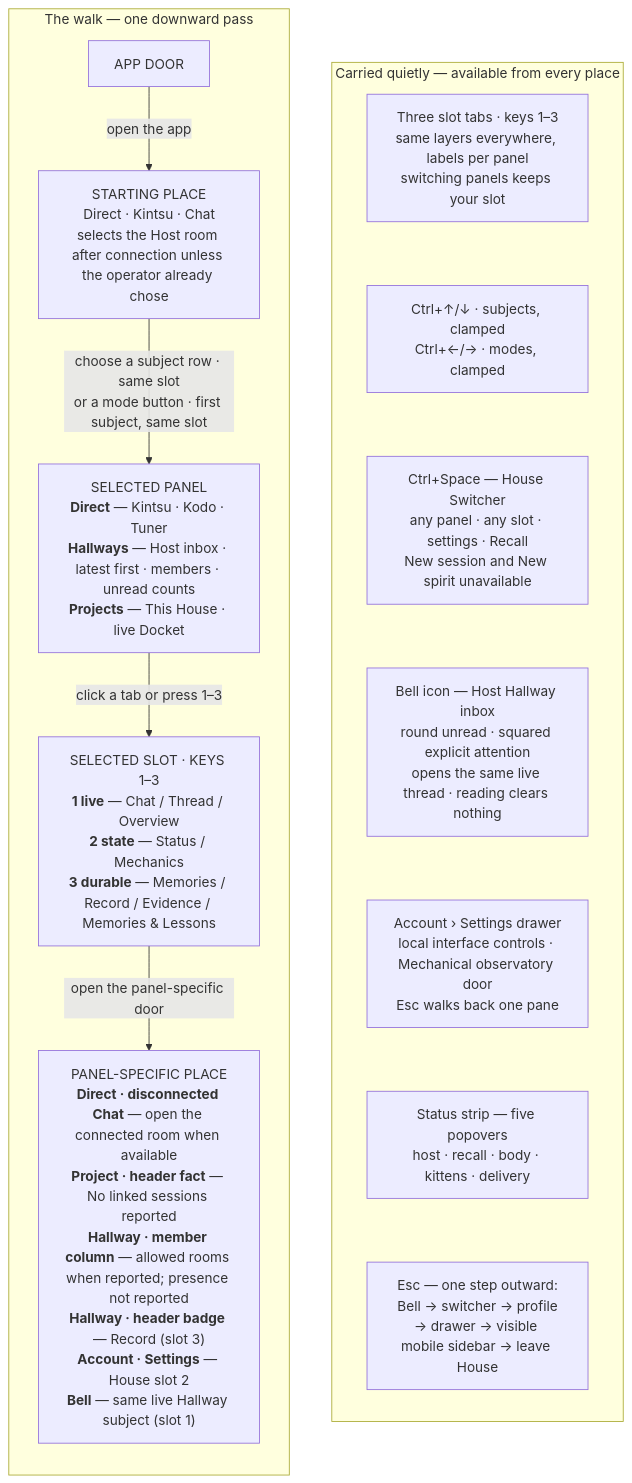
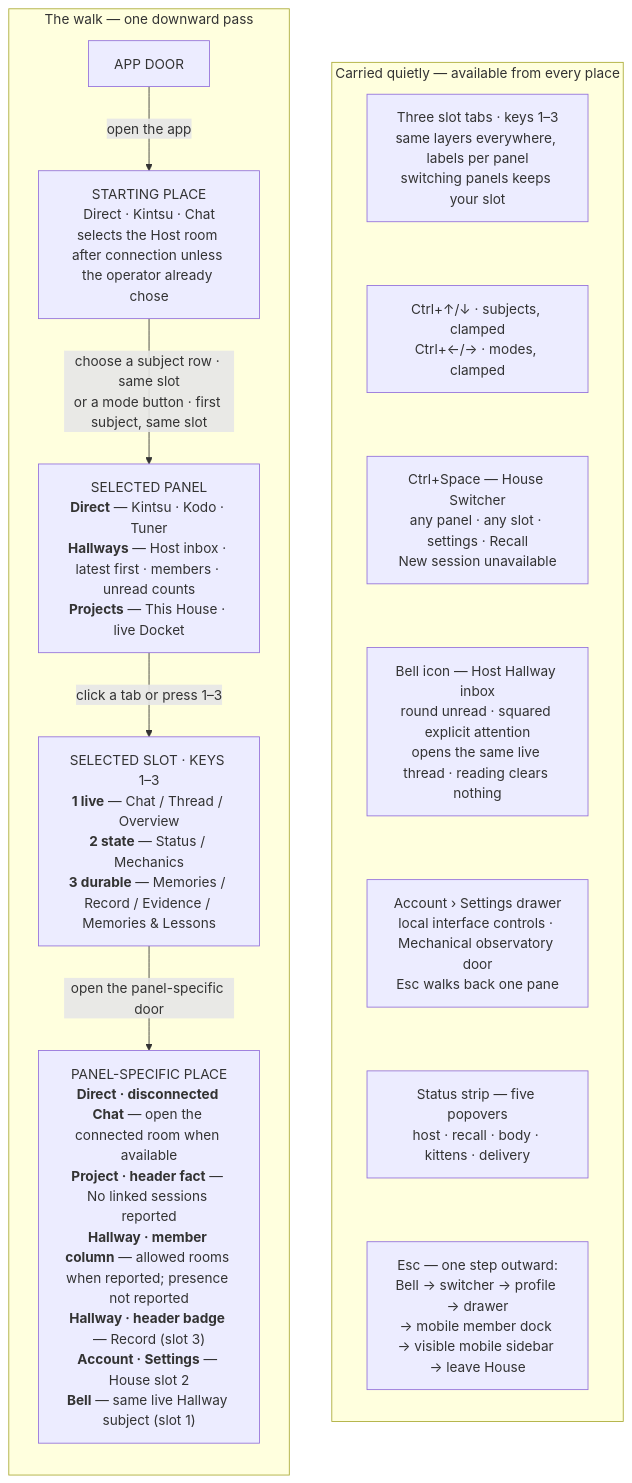
One commit to solarisael/the-athanor changed the first of 2 diagrams in gui-prototype/NAVIGATION_MAP.md. Above: the diagram before and after it, drawn with Mermaid. The commit also changed other lines of this file and 55 other files, not shown here.

````diff
--- a/gui-prototype/NAVIGATION_MAP.md
+++ b/gui-prototype/NAVIGATION_MAP.md
@@ -9,32 +12,32 @@
 ```mermaid
 flowchart LR
 
 subgraph WALK["The walk — one downward pass"]
   direction TB
   door["APP DOOR"]
   start["STARTING PLACE<br>Direct · Kintsu · Chat<br>selects the Host room after connection unless the operator already chose"]
   panel["SELECTED PANEL<br><b>Direct</b> — Kintsu · Kodo · Tuner<br><b>Hallways</b> — Host inbox · latest first · members · unread counts<br><b>Projects</b> — This House · live Docket"]
   view["SELECTED SLOT · KEYS 1–3<br><b>1 live</b> — Chat / Thread / Overview<br><b>2 state</b> — Status / Mechanics<br><b>3 durable</b> — Memories / Record / Evidence / Memories & Lessons"]
   deeper["PANEL-SPECIFIC PLACE<br><b>Direct · disconnected Chat</b> — open the connected room when available<br><b>Project · header fact</b> — No linked sessions reported<br><b>Hallway · member column</b> — allowed rooms when reported; presence not reported<br><b>Hallway · header badge</b> — Record (slot 3)<br><b>Account · Settings</b> — House slot 2<br><b>Bell</b> — same live Hallway subject (slot 1)"]
 
   door -->|"open the app"| start
   start -->|"choose a subject row · same slot<br>or a mode button · first subject, same slot"| panel
   panel -->|"click a tab or press 1–3"| view
   view -->|"open the panel-specific door"| deeper
 end
 
 subgraph CARRY["Carried quietly — available from every place"]
   direction TB
   keys["Three slot tabs · keys 1–3<br>same layers everywhere, labels per panel<br>switching panels keeps your slot"]
   chords["Ctrl+↑/↓ · subjects, clamped<br>Ctrl+←/→ · modes, clamped"]
-  switcher["Ctrl+Space — House Switcher<br>any panel · any slot · settings · Recall<br>New session and New spirit unavailable"]
+  switcher["Ctrl+Space — House Switcher<br>any panel · any slot · settings · Recall<br>New session unavailable"]
   bell["Bell icon — Host Hallway inbox<br>round unread · squared explicit attention<br>opens the same live thread · reading clears nothing"]
   drawer["Account › Settings drawer<br>local interface controls · Mechanical observatory door<br>Esc walks back one pane"]
   status["Status strip — five popovers<br>host · recall · body · kittens · delivery"]
-  esc["Esc — one step outward:<br>Bell → switcher → profile<br>→ drawer → visible mobile sidebar → leave House"]
+  esc["Esc — one step outward:<br>Bell → switcher → profile → drawer<br>→ mobile member dock → visible mobile sidebar → leave House"]
 
   keys ~~~ chords ~~~ switcher ~~~ bell ~~~ drawer ~~~ status ~~~ esc
 end
 
 WALK ~~~ CARRY
 ```
````
